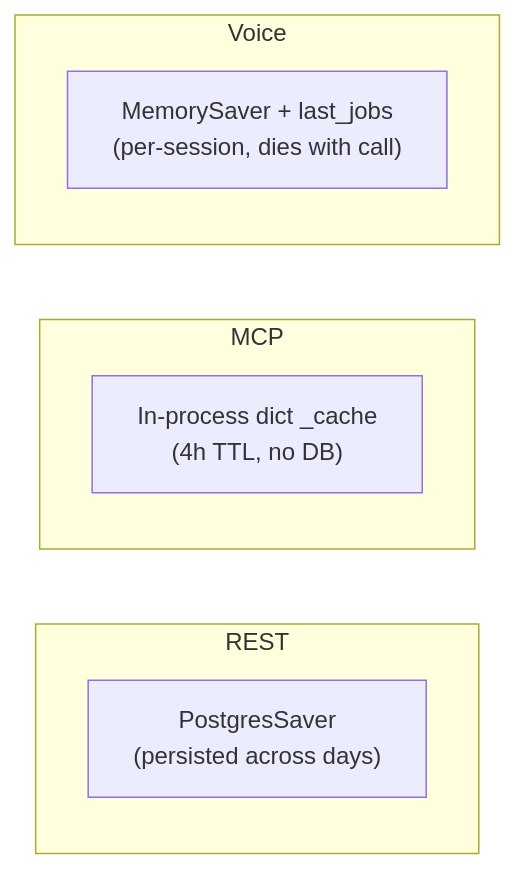
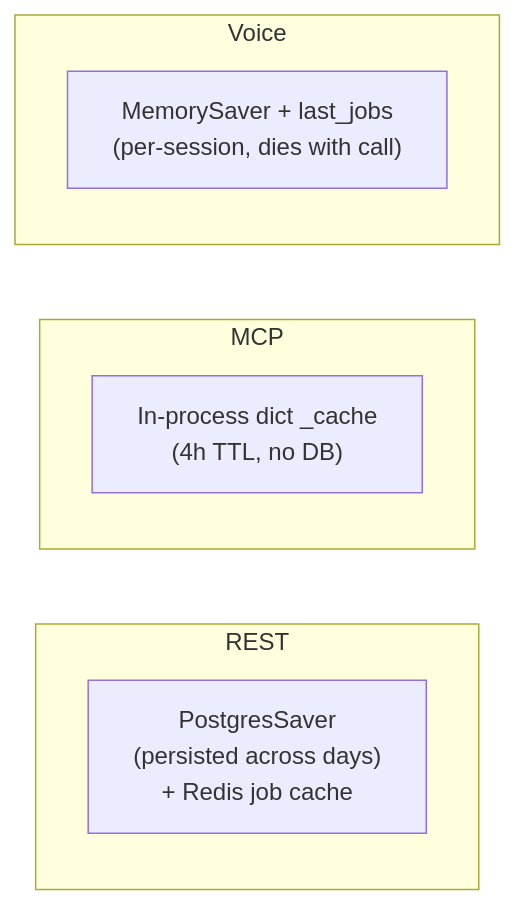
One commit to tsouk88/job-search-agent changed the third of 3 diagrams in openwiki/architecture/overview.md. Above: the diagram before and after it, drawn with Mermaid. The commit also changed other lines of this file and 30 other files, not shown here.

````diff
--- a/openwiki/architecture/overview.md
+++ b/openwiki/architecture/overview.md
@@ -96,12 +168,12 @@
 ```mermaid
 flowchart LR
     subgraph REST
-        RP["PostgresSaver\n(persisted across days)"]
+        RP["PostgresSaver\n(persisted across days)\n+ Redis job cache"]
     end
     subgraph MCP
         MP["In-process dict _cache\n(4h TTL, no DB)"]
     end
     subgraph Voice
         VP["MemorySaver + last_jobs\n(per-session, dies with call)"]
     end
 ```
````
